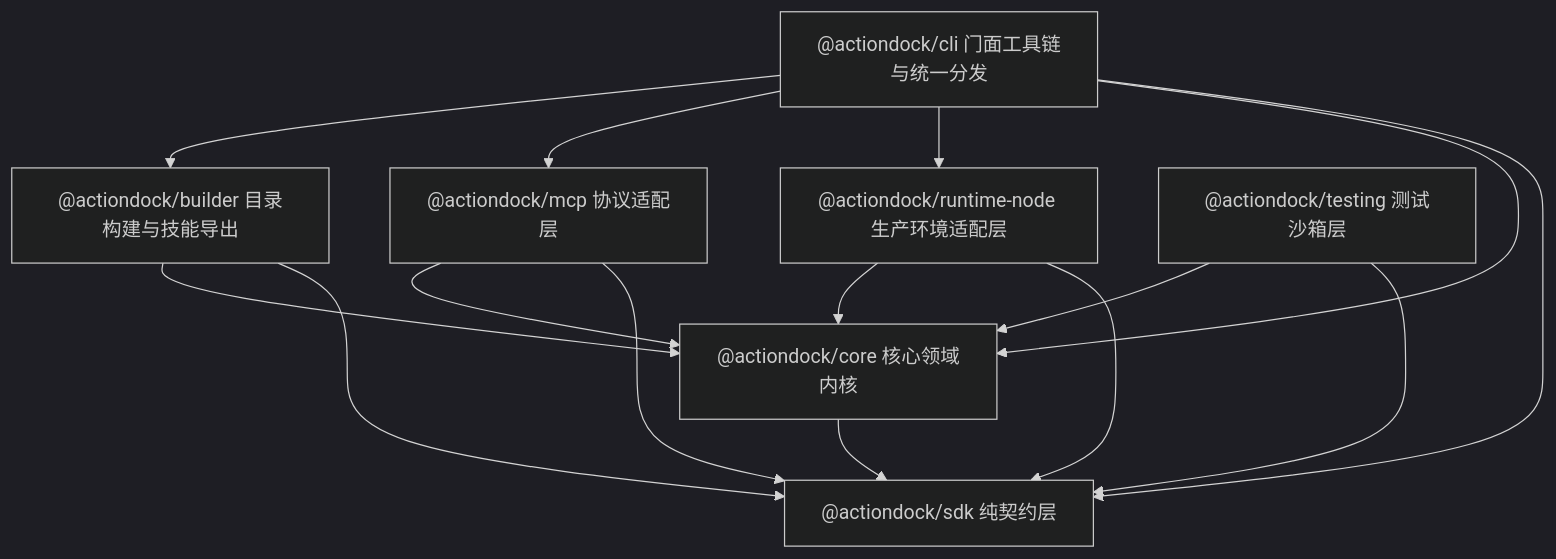
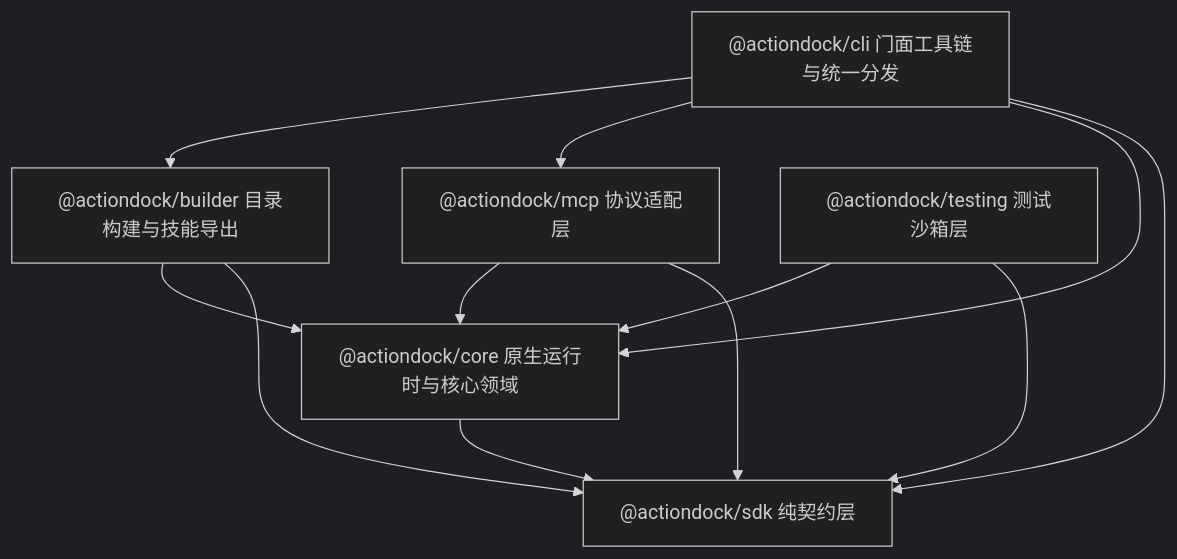
One commit to team4u/actiondock changed the first of 3 diagrams in docs/architecture/runtime.md. Above: the diagram before and after it, drawn with Mermaid (dark theme). The commit also changed other lines of this file and 29 other files, not shown here.

Commit message:
docs: synchronize documentation for actiondock 3.0 architecture

````diff
--- a/docs/architecture/runtime.md
+++ b/docs/architecture/runtime.md
@@ -11,30 +11,25 @@
 ```mermaid
 graph TD
     CLI["@actiondock/cli 门面工具链与统一分发"]
     BUILDER["@actiondock/builder 目录构建与技能导出"]
     MCP["@actiondock/mcp 协议适配层"]
-    RUNTIME_NODE["@actiondock/runtime-node 生产环境适配层"]
     TESTING["@actiondock/testing 测试沙箱层"]
-    CORE["@actiondock/core 核心领域内核"]
+    CORE["@actiondock/core 原生运行时与核心领域"]
     SDK["@actiondock/sdk 纯契约层"]
 
     CLI --> BUILDER
     CLI --> MCP
-    CLI --> RUNTIME_NODE
     CLI --> CORE
     CLI --> SDK
 
     BUILDER --> CORE
     BUILDER --> SDK
 
     MCP --> CORE
     MCP --> SDK
 
-    RUNTIME_NODE --> CORE
-    RUNTIME_NODE --> SDK
-
     TESTING --> CORE
     TESTING --> SDK
 
     CORE --> SDK
 ```
````
